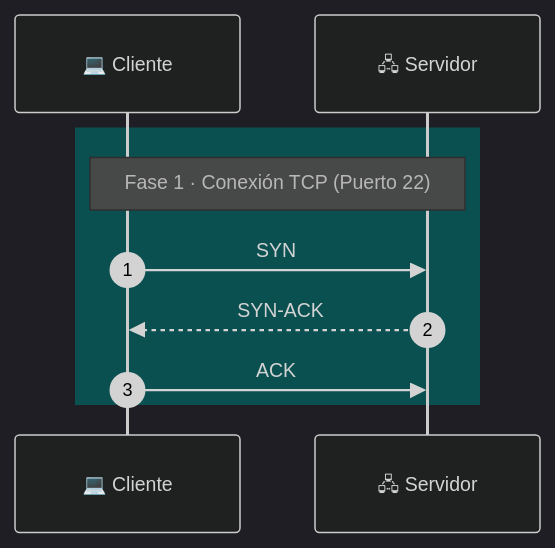
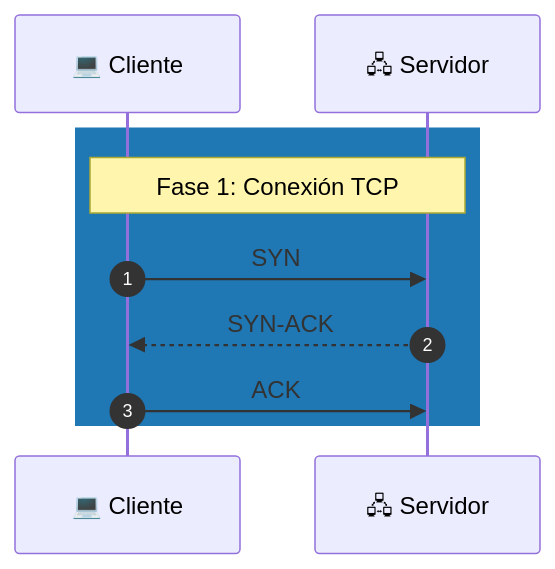
The first of 4 diagrams in handshake.qmd (acapovilla/ssh-presentation), drawn with Mermaid before and after one commit. The commit also changed other lines of this file and 5 other files, not shown here.

````diff
--- a/handshake.qmd
+++ b/handshake.qmd
@@ -11,14 +24,21 @@
 ```{mermaid}
-%%{init: {'fontSize': 13, 'theme': 'dark'}}%%
+%%| fig-align: center
+---
+displayMode: compact
+config:
+  htmlLabels: false
+---
+
+
 sequenceDiagram
     autonumber
     participant C as 💻 Cliente
     participant S as 🖧 Servidor
 
-    rect rgb(10, 80, 80)
-        note over C,S: Fase 1 · Conexión TCP (Puerto 22)
+    rect rgb(31, 119, 180)
+        note over C,S: Fase 1: Conexión TCP
         C->>S: SYN
         S-->>C: SYN-ACK
         C->>S: ACK
     end
 ```
````
